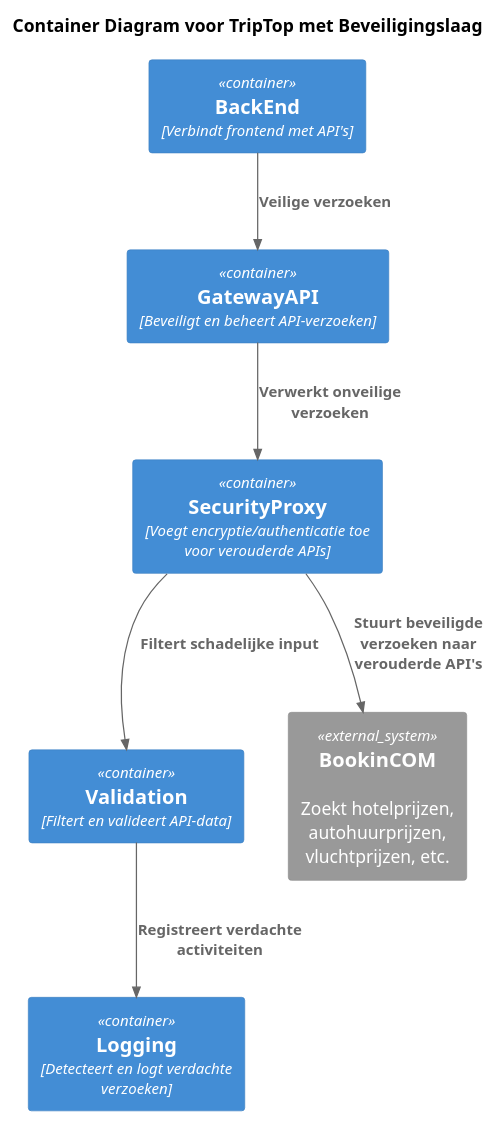
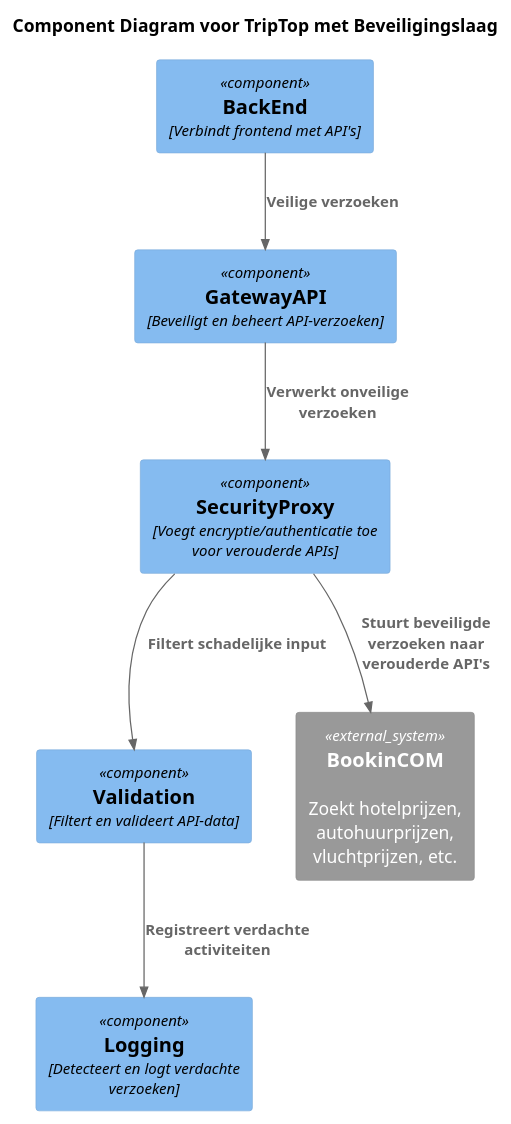
The diagram in Marijn/containerdiagramonderzoeksvraag.puml (AIM-ENE-feb25/triptop-dravende-dikdiks), drawn with PlantUML before and after one commit. The commit also changed 2 other files, not shown here.

```diff
--- a/Marijn/containerdiagramonderzoeksvraag.puml
+++ b/Marijn/containerdiagramonderzoeksvraag.puml
@@ -1,22 +1,22 @@
 @startuml
 
-!include https://raw.githubusercontent.com/plantuml-stdlib/C4-PlantUML/master/C4_Container.puml
+!include https://raw.githubusercontent.com/plantuml-stdlib/C4-PlantUML/master/C4_Component.puml
 
-title Container Diagram voor TripTop met Beveiligingslaag
+title Component Diagram voor TripTop met Beveiligingslaag
 
-Container("BackEnd", "BackEnd", "Verbindt frontend met API's")
+Component("BackEnd", "BackEnd", "Verbindt frontend met API's")
 
-Container("GatewayAPI", "GatewayAPI", "Beveiligt en beheert API-verzoeken")
-Container("SecurityProxy", "SecurityProxy", "Voegt encryptie/authenticatie toe voor verouderde APIs")
-Container("Validation", "Validation", "Filtert en valideert API-data")
-Container("Logging", "Logging", "Detecteert en logt verdachte verzoeken")
+Component("GatewayAPI", "GatewayAPI", "Beveiligt en beheert API-verzoeken")
+Component("SecurityProxy", "SecurityProxy", "Voegt encryptie/authenticatie toe voor verouderde APIs")
+Component("Validation", "Validation", "Filtert en valideert API-data")
+Component("Logging", "Logging", "Detecteert en logt verdachte verzoeken")
 
 System_Ext("BookinCOM", "BookinCOM", "Zoekt hotelprijzen, autohuurprijzen, vluchtprijzen, etc.")
 
 Rel("BackEnd", "GatewayAPI", "Veilige verzoeken")
 Rel("GatewayAPI", "SecurityProxy", "Verwerkt onveilige verzoeken")
 Rel("SecurityProxy", "Validation", "Filtert schadelijke input")
 Rel("Validation", "Logging", "Registreert verdachte activiteiten")
 Rel("SecurityProxy", "BookinCOM", "Stuurt beveiligde verzoeken naar verouderde API's")
 
 @enduml
```
